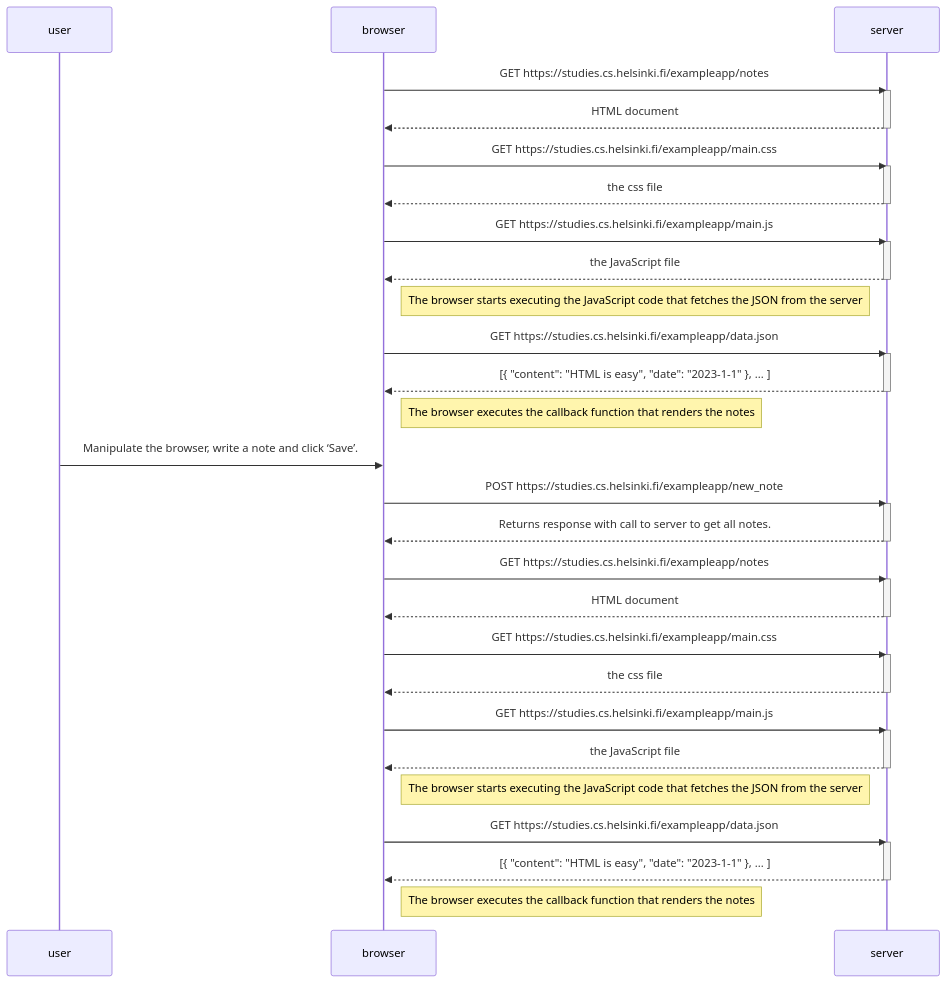
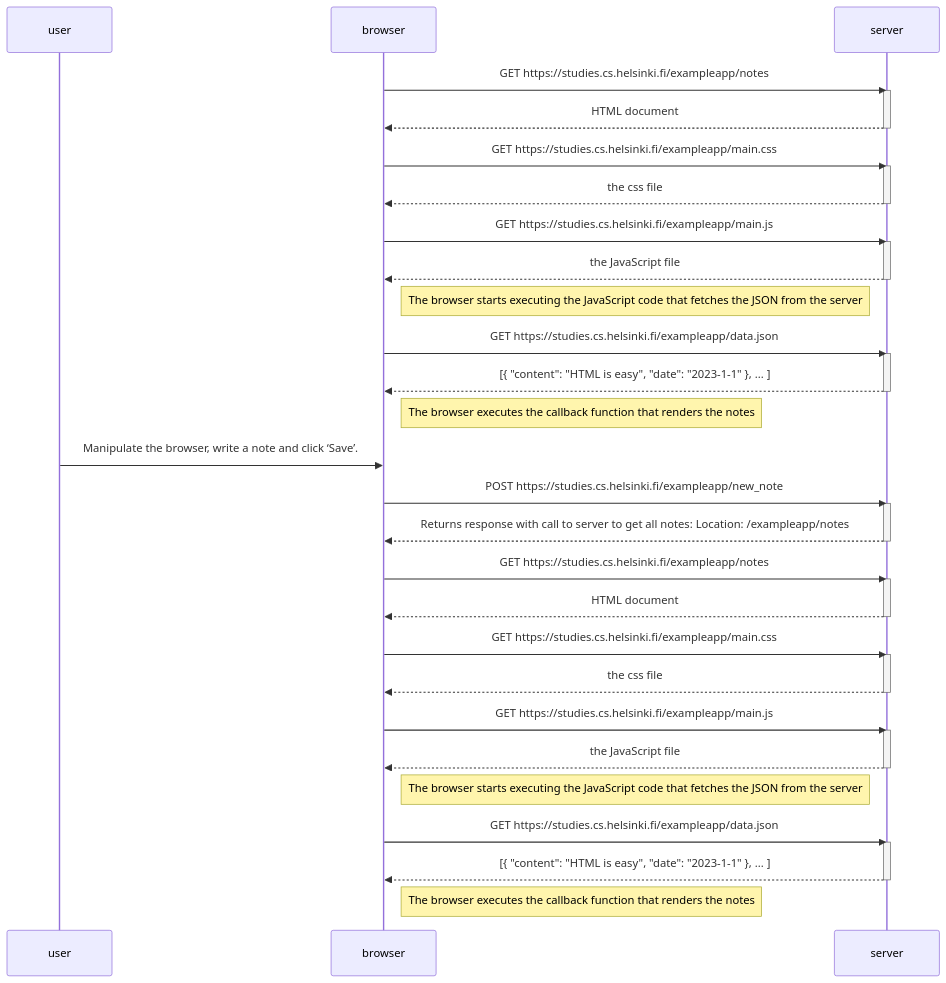
One commit to ValenVier/FullStack-HelsinkiUniversity- changed the diagram in Exercises/Part 0/Ex0.4.md. Above: the diagram before and after it, drawn with Mermaid.

````diff
--- a/Exercises/Part 0/Ex0.4.md
+++ b/Exercises/Part 0/Ex0.4.md
@@ -3,60 +3,60 @@
 ```mermaid
 sequenceDiagram
     participant user
     participant browser
     participant server
 
     browser->>server: GET https://studies.cs.helsinki.fi/exampleapp/notes
     activate server
     server-->>browser: HTML document
     deactivate server
 
     browser->>server: GET https://studies.cs.helsinki.fi/exampleapp/main.css
     activate server
     server-->>browser: the css file
     deactivate server
 
     browser->>server: GET https://studies.cs.helsinki.fi/exampleapp/main.js
     activate server
     server-->>browser: the JavaScript file
     deactivate server
 
     Note right of browser: The browser starts executing the JavaScript code that fetches the JSON from the server
 
     browser->>server: GET https://studies.cs.helsinki.fi/exampleapp/data.json
     activate server
     server-->>browser: [{ "content": "HTML is easy", "date": "2023-1-1" }, ... ]
     deactivate server
 
     Note right of browser: The browser executes the callback function that renders the notes
 
     user->>browser: Manipulate the browser, write a note and click ‘Save’.
     browser->>server: POST https://studies.cs.helsinki.fi/exampleapp/new_note
     activate server
-    server-->>browser: Returns response with call to server to get all notes.
+    server-->>browser: Returns response with call to server to get all notes: Location: /exampleapp/notes
     deactivate server
     browser->>server: GET https://studies.cs.helsinki.fi/exampleapp/notes
     activate server
     server-->>browser: HTML document
     deactivate server
 
     browser->>server: GET https://studies.cs.helsinki.fi/exampleapp/main.css
     activate server
     server-->>browser: the css file
     deactivate server
 
     browser->>server: GET https://studies.cs.helsinki.fi/exampleapp/main.js
     activate server
     server-->>browser: the JavaScript file
     deactivate server
 
     Note right of browser: The browser starts executing the JavaScript code that fetches the JSON from the server
 
     browser->>server: GET https://studies.cs.helsinki.fi/exampleapp/data.json
     activate server
     server-->>browser: [{ "content": "HTML is easy", "date": "2023-1-1" }, ... ]
     deactivate server
 
     Note right of browser: The browser executes the callback function that renders the notes
     
 ```
````
